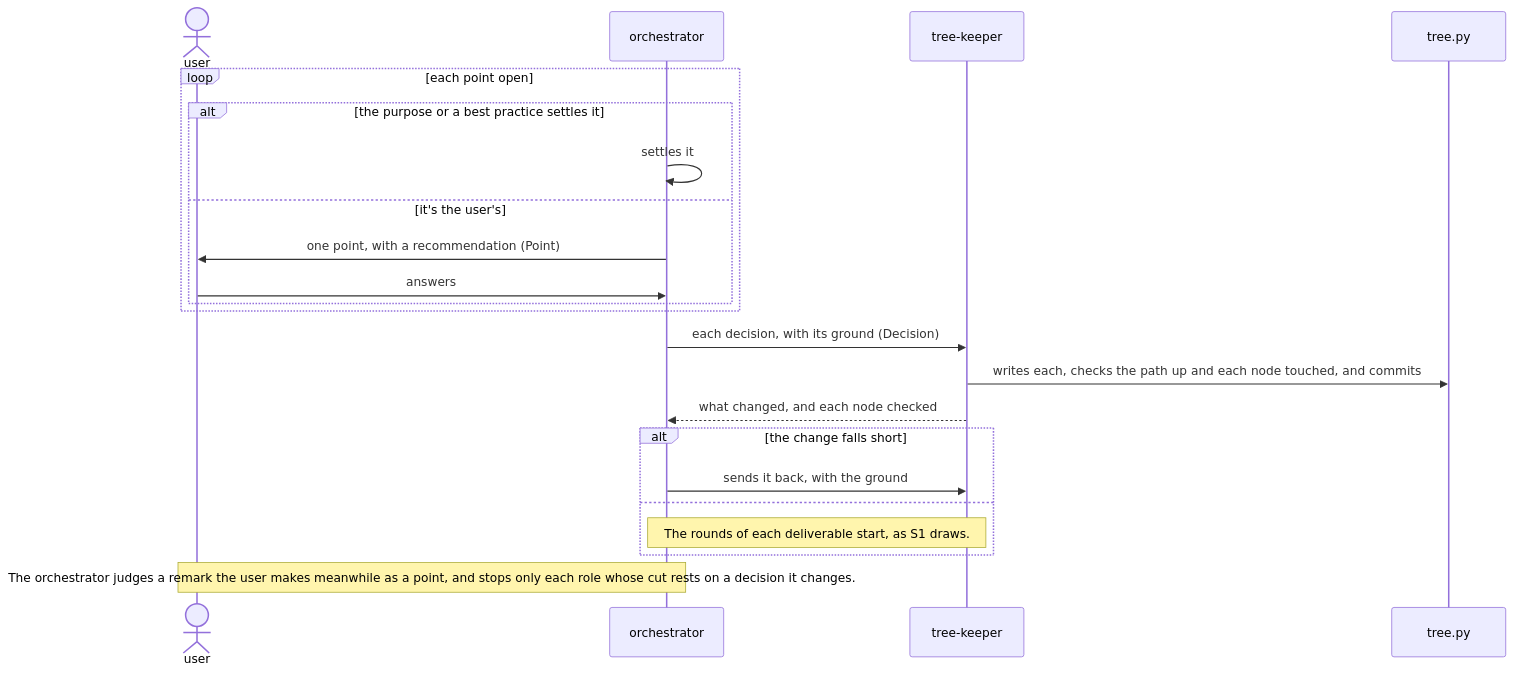
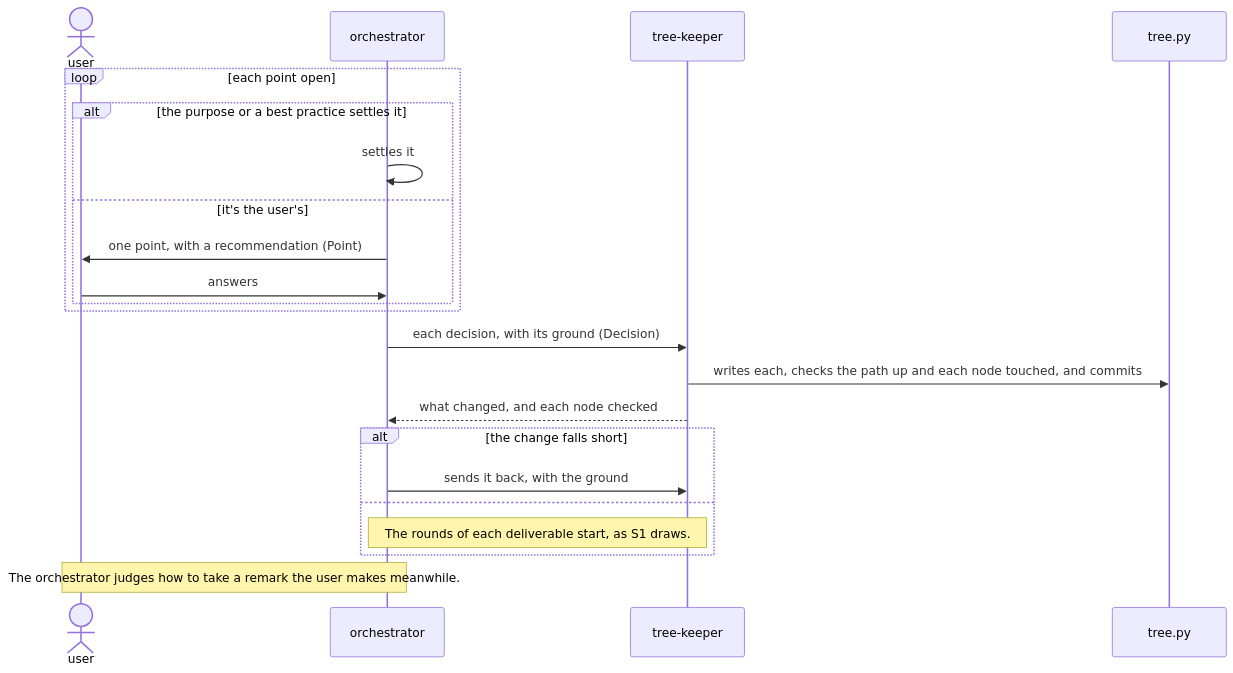
The second of 6 diagrams in dev/rn/architecture.md (lovaizu/ccpm), drawn with Mermaid before and after one commit. The commit also changed other lines of this file and 3 other files, not shown here.

First line of the commit message:
rn: the orchestrator judges how to take each remark the user makes from the purpose and the best practices, and the architecture prescribes no one way. tree.py keeps the run's worktree without the sequence naming when it goes, and a /rn:gm after Done goes on as S3 draws.

````diff
--- a/dev/rn/architecture.md
+++ b/dev/rn/architecture.md
@@ -217,24 +217,24 @@
 ```mermaid
 sequenceDiagram
   actor U as user
   participant O as orchestrator
   participant K as tree-keeper
   participant T as tree.py
   loop each point open
     alt the purpose or a best practice settles it
       O->>O: settles it
     else it's the user's
       O->>U: one point, with a recommendation (Point)
       U->>O: answers
     end
   end
   O->>K: each decision, with its ground (Decision)
   K->>T: writes each, checks the path up and each node touched, and commits
   K-->>O: what changed, and each node checked
   alt the change falls short
     O->>K: sends it back, with the ground
   else
     Note over O,K: The rounds of each deliverable start, as S1 draws.
   end
-  Note over U,O: The orchestrator judges a remark the user makes meanwhile as a point, and stops only each role whose cut rests on a decision it changes.
+  Note over U,O: The orchestrator judges how to take a remark the user makes meanwhile.
 ```
````
